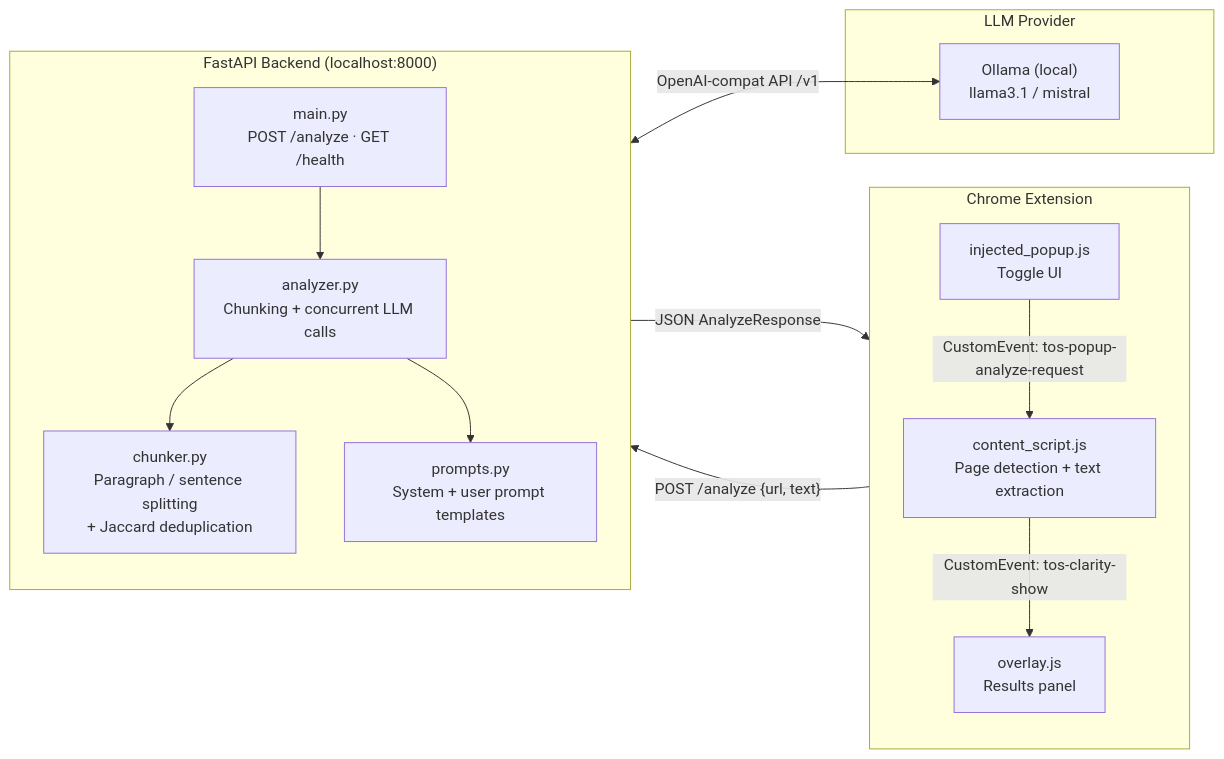
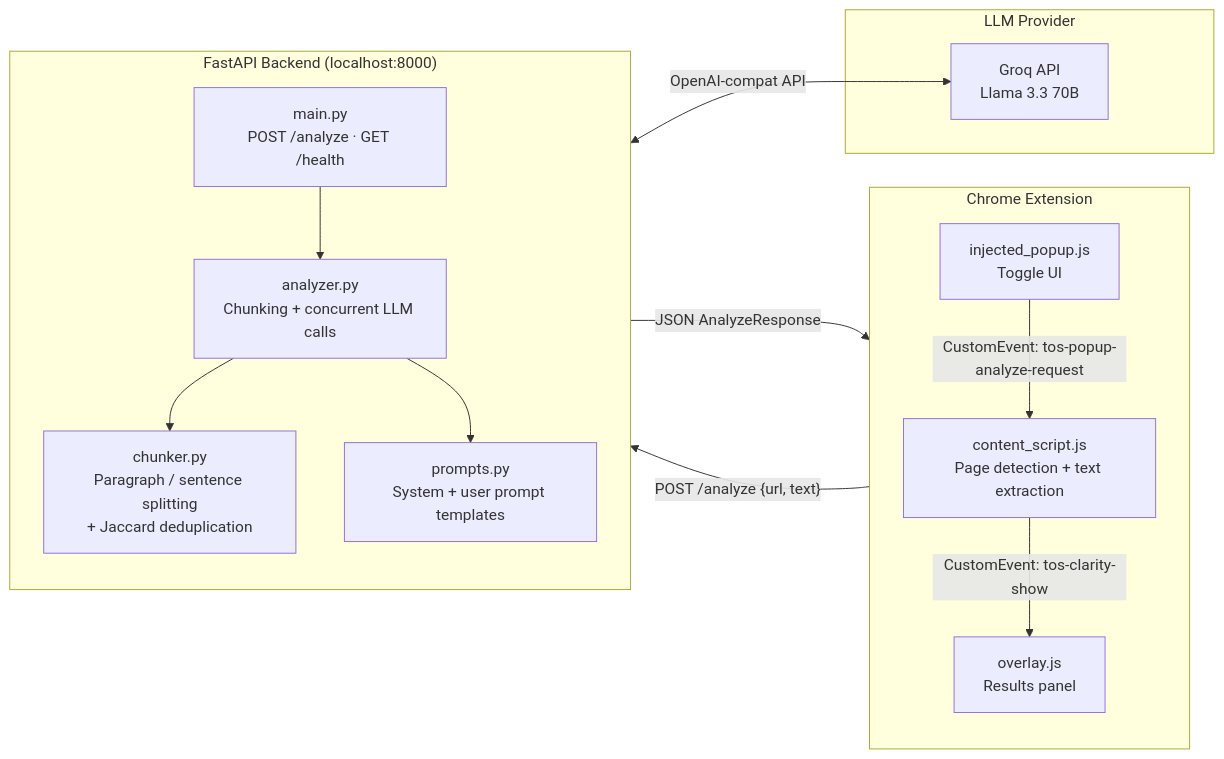
The diagram in README.md (pBarath-29/Chrome_Extension), drawn with Mermaid before and after one commit. The commit also changed other lines of this file, not shown here.

Commit message:
Update README: Groq API, quick start, troubleshooting, new features

````diff
--- a/README.md
+++ b/README.md
@@ -114,30 +176,30 @@
 ```mermaid
 flowchart LR
     subgraph ext["Chrome Extension"]
         direction TB
         CS["content_script.js\nPage detection + text extraction"]
         IP["injected_popup.js\nToggle UI"]
         OV["overlay.js\nResults panel"]
     end
 
     subgraph backend["FastAPI Backend  (localhost:8000)"]
         direction TB
         API["main.py\nPOST /analyze · GET /health"]
         AZ["analyzer.py\nChunking + concurrent LLM calls"]
         CH["chunker.py\nParagraph / sentence splitting\n+ Jaccard deduplication"]
         PR["prompts.py\nSystem + user prompt templates"]
     end
 
     subgraph llm["LLM Provider"]
-        OL["Ollama  (local)\nllama3.1 / mistral"]
+        GR["Groq API\nLlama 3.3 70B"]
     end
 
     IP -->|"CustomEvent: tos-popup-analyze-request"| CS
     CS -->|"POST /analyze  {url, text}"| API
     API --> AZ
     AZ --> CH
-    AZ <-->|"OpenAI-compat API  /v1"| OL
+    AZ <-->|"OpenAI-compat API"| GR
     AZ --> PR
     API -->|"JSON  AnalyzeResponse"| CS
     CS -->|"CustomEvent: tos-clarity-show"| OV
 ```
````
